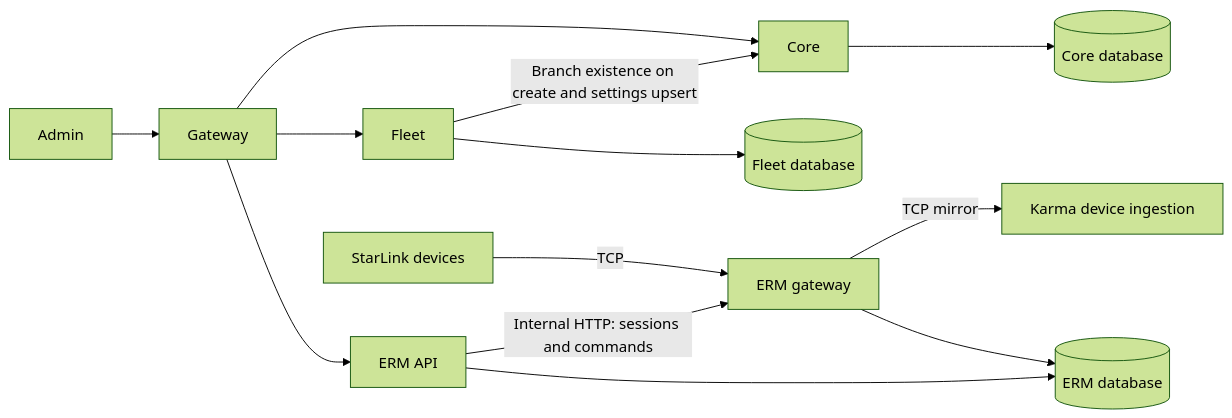
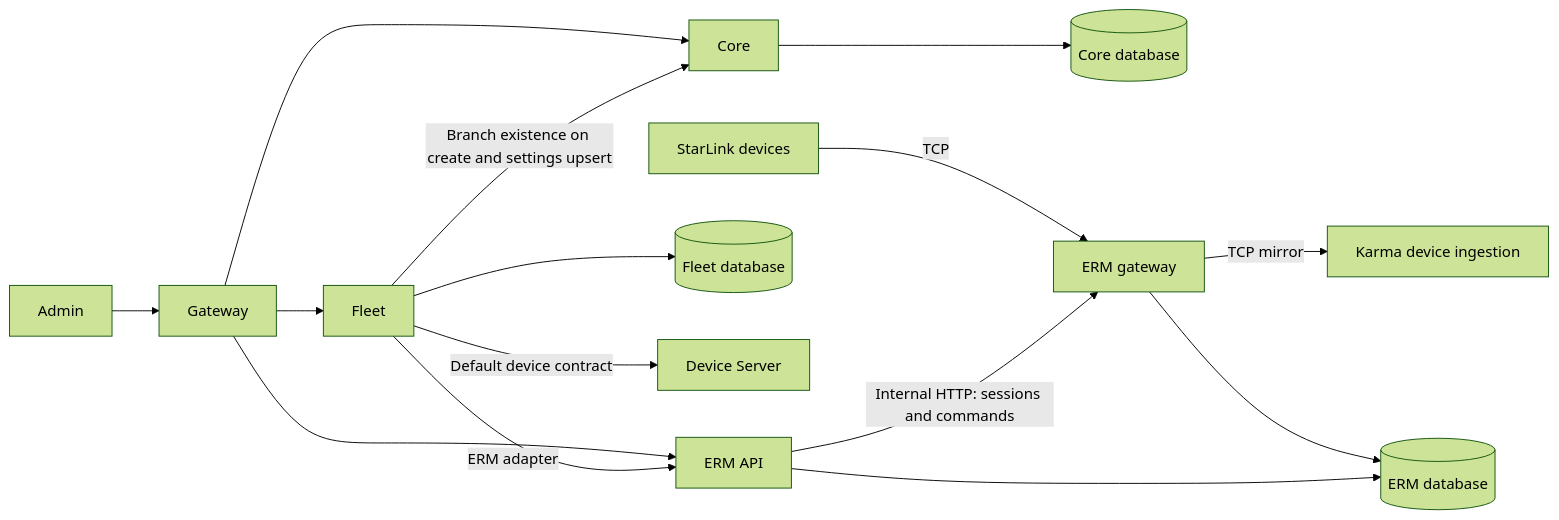
One commit to agavazov/holita changed the diagram in docs/architecture/overview.md. Above: the diagram before and after it, drawn with Mermaid (forest theme). The commit also changed other lines of this file and 254 other files, not shown here.

````diff
--- a/docs/architecture/overview.md
+++ b/docs/architecture/overview.md
@@ -57,15 +59,17 @@
 ```mermaid
 flowchart LR
   Admin --> Gateway
   Gateway --> Core
   Gateway --> Fleet
   Gateway --> ERMServer
   Core --> CoreDB[(Core database)]
   Fleet --> FleetDB[(Fleet database)]
   Fleet -->|Branch existence on create and settings upsert| Core
+  Fleet -->|Default device contract| DeviceServer[Device Server]
+  Fleet -->|ERM adapter| ERMServer
   Devices[StarLink devices] -->|TCP| ERMGateway[ERM gateway]
   ERMServer[ERM API] -->|Internal HTTP: sessions and commands| ERMGateway
   ERMGateway -->|TCP mirror| KarmaIngestion[Karma device ingestion]
   ERMGateway --> ERMDB[(ERM database)]
   ERMServer --> ERMDB
 ```
````
